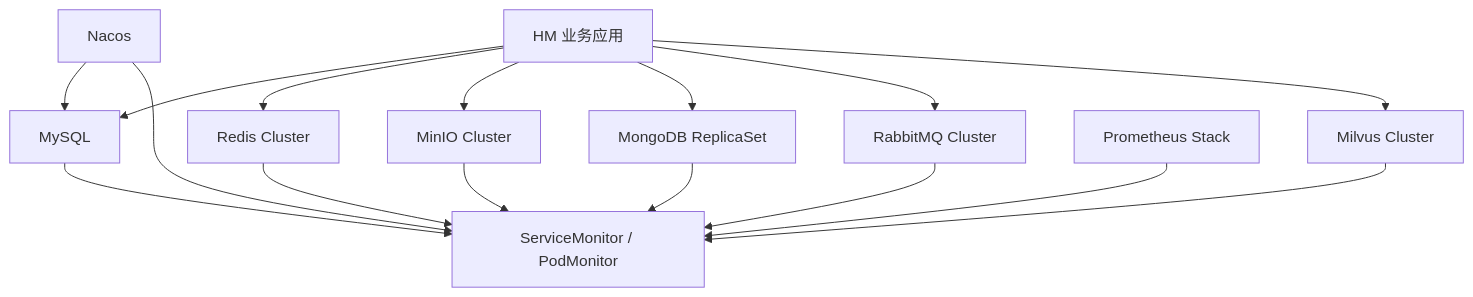
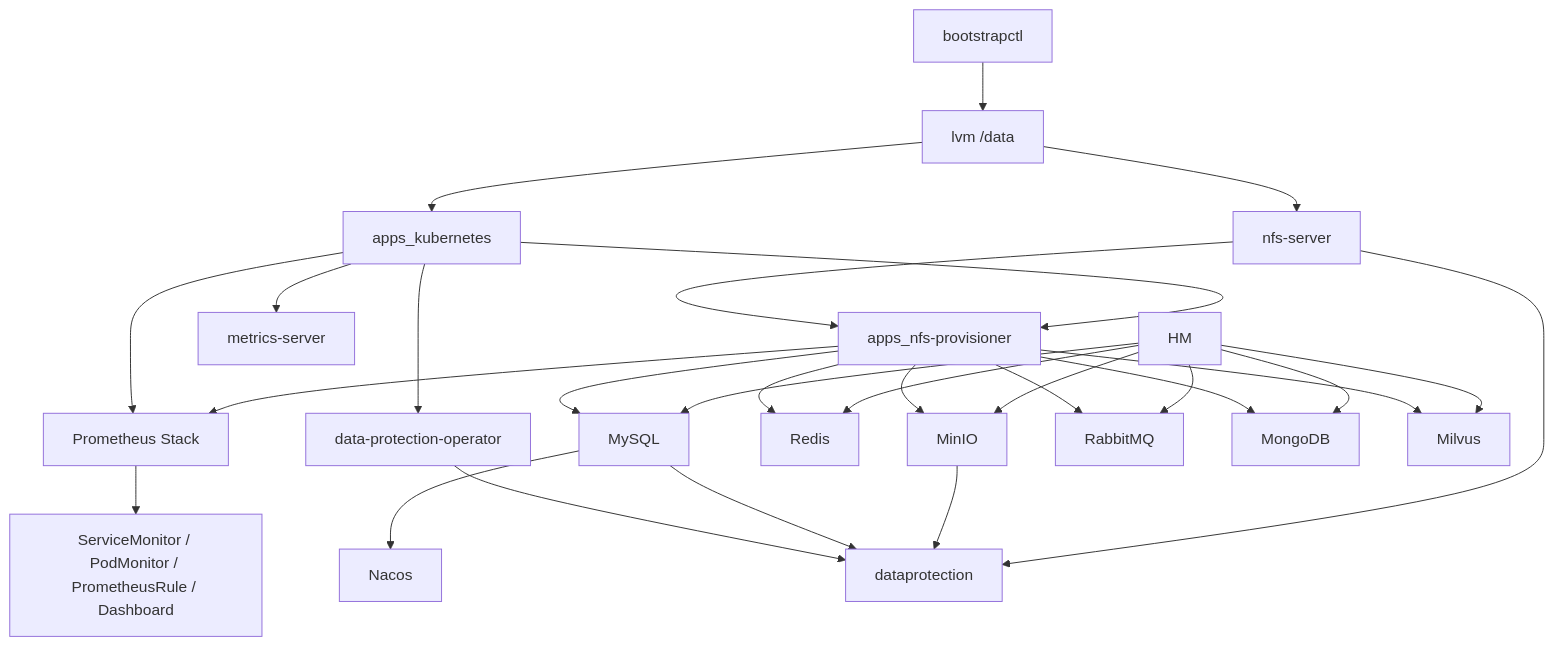
Before and after one commit to archinfra/.github: the diagram in profile/README.md, drawn with Mermaid. The commit also changed other lines of this file and 2 other files, not shown here.

````diff
--- a/profile/README.md
+++ b/profile/README.md
@@ -763,18 +259,30 @@
 ```mermaid
 graph TD
-  HM["HM 业务应用"] --> MySQL["MySQL"]
-  HM --> Redis["Redis Cluster"]
-  HM --> MinIO["MinIO Cluster"]
-  HM --> MongoDB["MongoDB ReplicaSet"]
-  HM --> RabbitMQ["RabbitMQ Cluster"]
-  HM --> Milvus["Milvus Cluster"]
-  Nacos["Nacos"] --> MySQL
-  Prom["Prometheus Stack"] --> SM["ServiceMonitor / PodMonitor"]
-  MySQL --> SM
-  Redis --> SM
-  Nacos --> SM
-  MinIO --> SM
-  RabbitMQ --> SM
-  MongoDB --> SM
-  Milvus --> SM
+  Boot["bootstrapctl"] --> LVM["lvm /data"]
+  LVM --> NFS["nfs-server"]
+  LVM --> K8S["apps_kubernetes"]
+  NFS --> NfsSC["apps_nfs-provisioner"]
+  K8S --> NfsSC
+  K8S --> Metrics["metrics-server"]
+  K8S --> Prom["Prometheus Stack"]
+  NfsSC --> Prom
+  K8S --> DPO["data-protection-operator"]
+  NfsSC --> MySQL["MySQL"]
+  NfsSC --> Redis["Redis"]
+  MySQL --> Nacos["Nacos"]
+  NfsSC --> MinIO["MinIO"]
+  NfsSC --> Rabbit["RabbitMQ"]
+  NfsSC --> Mongo["MongoDB"]
+  NfsSC --> Milvus["Milvus"]
+  DPO --> DP["dataprotection"]
+  MySQL --> DP
+  MinIO --> DP
+  NFS --> DP
+  HM["HM"] --> MySQL
+  HM --> Redis
+  HM --> MinIO
+  HM --> Mongo
+  HM --> Rabbit
+  HM --> Milvus
+  Prom --> SM["ServiceMonitor / PodMonitor / PrometheusRule / Dashboard"]
 ```
````
